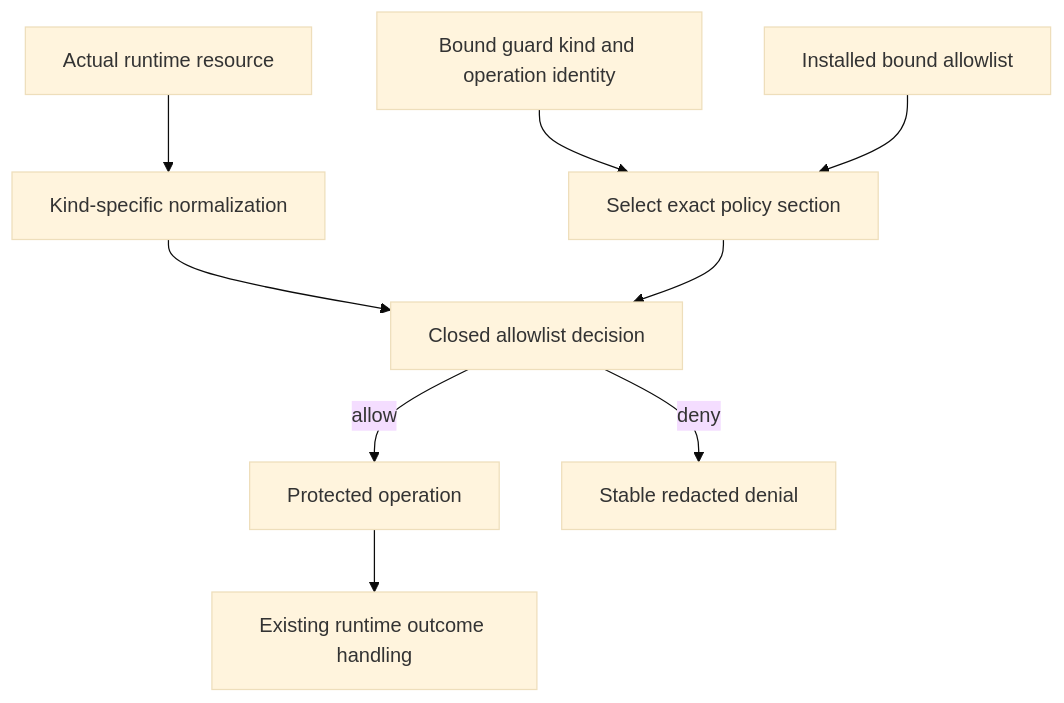
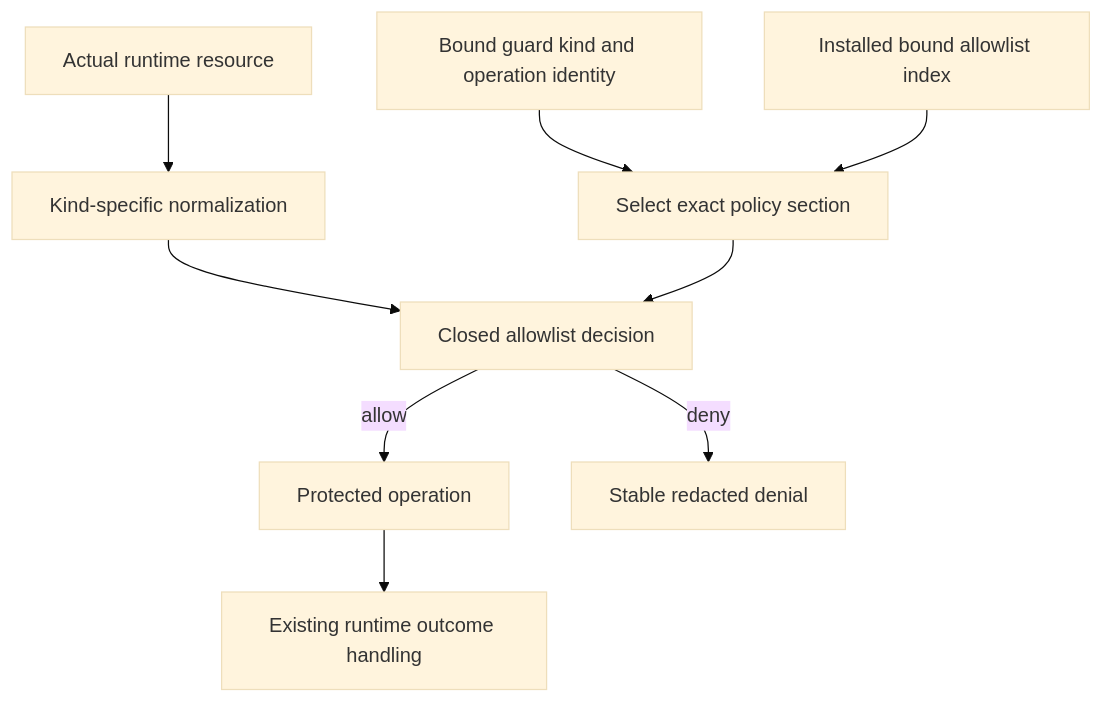
One commit to srdjan/zttp changed the fourth of 5 diagrams in docs/plans/2026-08-31-1242-feat-residual-runtime-guard-addendum-plan.md. Above: the diagram before and after it, drawn with Mermaid (base theme). The commit also changed other lines of this file, not shown here.

````diff
--- a/docs/plans/2026-08-31-1242-feat-residual-runtime-guard-addendum-plan.md
+++ b/docs/plans/2026-08-31-1242-feat-residual-runtime-guard-addendum-plan.md
@@ -252,11 +342,11 @@
 ```mermaid
 flowchart TB
   Value[Actual runtime resource] --> Normalize[Kind-specific normalization]
   Obligation[Bound guard kind and operation identity] --> Select[Select exact policy section]
-  Policy[Installed bound allowlist] --> Select
+  Policy[Installed bound allowlist index] --> Select
   Normalize --> Decide[Closed allowlist decision]
   Select --> Decide
   Decide -->|allow| Effect[Protected operation]
   Decide -->|deny| Event[Stable redacted denial]
   Effect --> Outcome[Existing runtime outcome handling]
 ```
````
